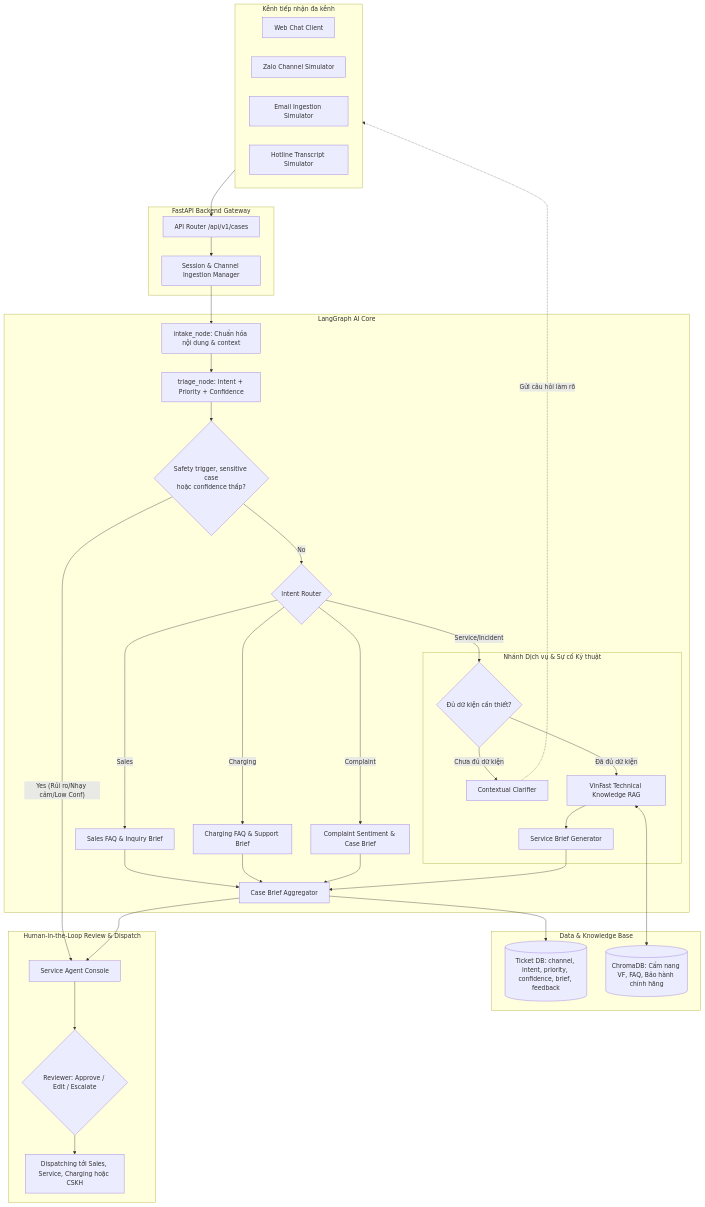
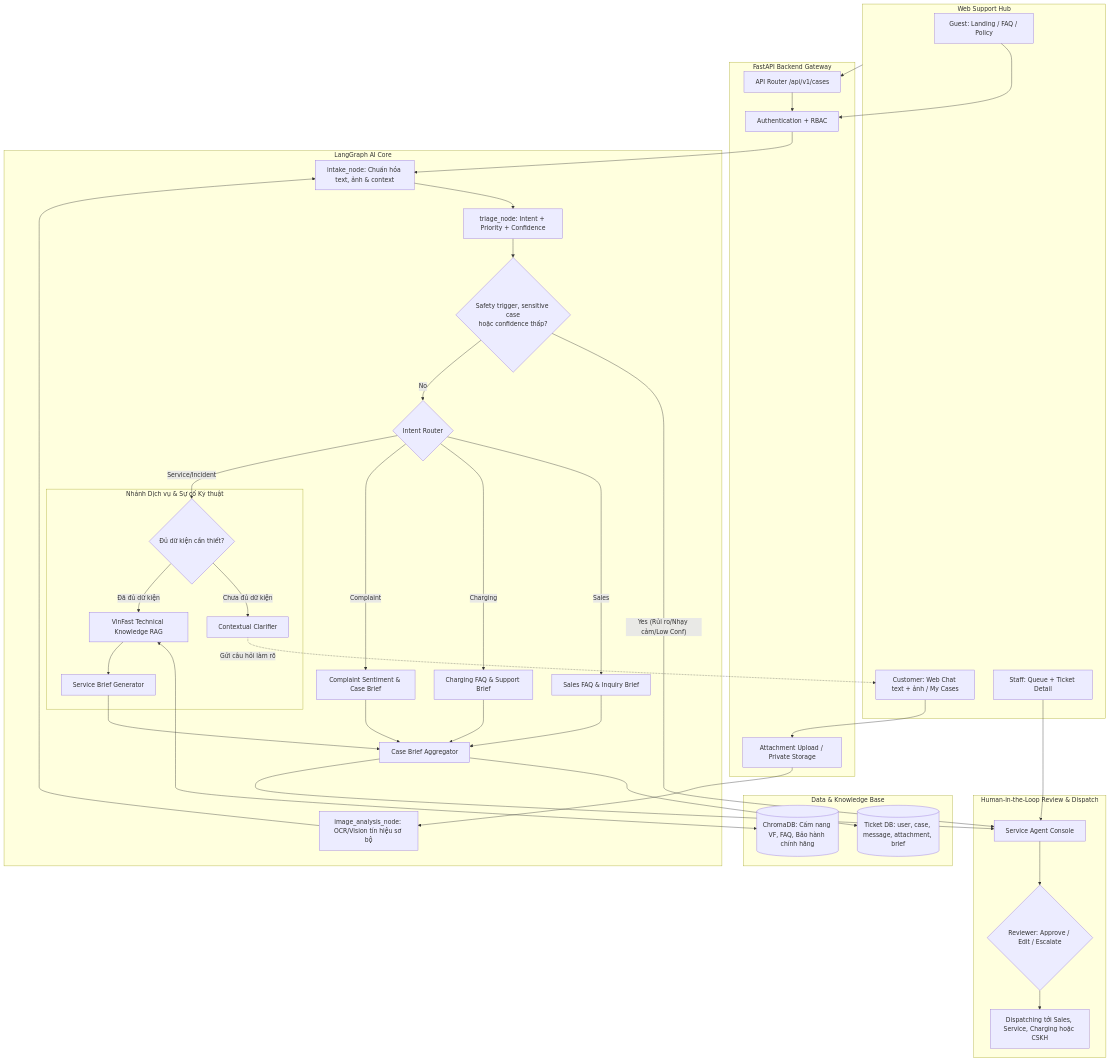
One commit to TheViet298/viet-ai changed the first of 2 diagrams in docs/architecture_diagram.md. Above: the diagram before and after it, drawn with Mermaid. The commit also changed other lines of this file and 14 other files, not shown here.

Commit message:
docs: update architecture, design, and specifications

````diff
--- a/docs/architecture_diagram.md
+++ b/docs/architecture_diagram.md
@@ -5,76 +5,82 @@
 ```mermaid
 graph TB
-    subgraph ClientLayer[Kênh tiếp nhận đa kênh]
-        WC[Web Chat Client]
-        ZL[Zalo Channel Simulator]
-        EM[Email Ingestion Simulator]
-        HL[Hotline Transcript Simulator]
+    subgraph ClientLayer[Web Support Hub]
+        Guest[Guest: Landing / FAQ / Policy]
+        WC[Customer: Web Chat text + ảnh / My Cases]
+        Staff[Staff: Queue + Ticket Detail]
     end
 
     subgraph APILayer[FastAPI Backend Gateway]
         Router[API Router /api/v1/cases]
-        Auth[Session & Channel Ingestion Manager]
+        Auth[Authentication + RBAC]
+        Upload[Attachment Upload / Private Storage]
     end
 
     subgraph AgentLayer[LangGraph AI Core]
-        IntakeNode[intake_node: Chuẩn hóa nội dung & context]
+        IntakeNode[intake_node: Chuẩn hóa text, ảnh & context]
+        VisionNode[image_analysis_node: OCR/Vision tín hiệu sơ bộ]
         TriageNode[triage_node: Intent + Priority + Confidence]
         SafetyCheck{Safety trigger, sensitive case<br/>hoặc confidence thấp?}
         IntentRoute{Intent Router}
         
         SalesBranch[Sales FAQ & Inquiry Brief]
         ChargingBranch[Charging FAQ & Support Brief]
         ComplaintBranch[Complaint Sentiment & Case Brief]
         
         subgraph ServiceSubGraph[Nhánh Dịch vụ & Sự cố Kỹ thuật]
             SlotCheck{Đủ dữ kiện cần thiết?}
             ClarifyNode[Contextual Clarifier]
             ServiceRAG[VinFast Technical Knowledge RAG]
             ServiceBriefNode[Service Brief Generator]
         end
         
         CaseBriefGen[Case Brief Aggregator]
     end
 
     subgraph DataLayer[Data & Knowledge Base]
-        DB[(Ticket DB: channel, intent, priority, confidence, brief, feedback)]
+        DB[(Ticket DB: user, case, message, attachment, brief)]
         VDB[(ChromaDB: Cẩm nang VF, FAQ, Bảo hành chính hãng)]
     end
 
     subgraph HITLLayer[Human-in-the-Loop Review & Dispatch]
         Console[Service Agent Console]
         ReviewerAction{Reviewer: Approve / Edit / Escalate}
         Dispatch[Dispatching tới Sales, Service, Charging hoặc CSKH]
     end
 
+    Guest --> Auth
+    WC --> Upload
+    Upload --> VisionNode
     ClientLayer --> Router
     Router --> Auth
     Auth --> IntakeNode
+    VisionNode --> IntakeNode
     IntakeNode --> TriageNode
     
     TriageNode --> SafetyCheck
     SafetyCheck -- Yes (Rủi ro/Nhạy cảm/Low Conf) --> Console
     
     SafetyCheck -- No --> IntentRoute
     IntentRoute -- Sales --> SalesBranch
     IntentRoute -- Charging --> ChargingBranch
     IntentRoute -- Complaint --> ComplaintBranch
     IntentRoute -- Service/Incident --> SlotCheck
     
     SlotCheck -- Chưa đủ dữ kiện --> ClarifyNode
-    ClarifyNode -.->|Gửi câu hỏi làm rõ| ClientLayer
+    ClarifyNode -.->|Gửi câu hỏi làm rõ| WC
     
     SlotCheck -- Đã đủ dữ kiện --> ServiceRAG
     ServiceRAG <--> VDB
     ServiceRAG --> ServiceBriefNode
     
     SalesBranch --> CaseBriefGen
     ChargingBranch --> CaseBriefGen
     ComplaintBranch --> CaseBriefGen
     ServiceBriefNode --> CaseBriefGen
     
     CaseBriefGen --> DB
     CaseBriefGen --> Console
+    Staff --> Console
     Console --> ReviewerAction
     ReviewerAction --> Dispatch
 ```
````
